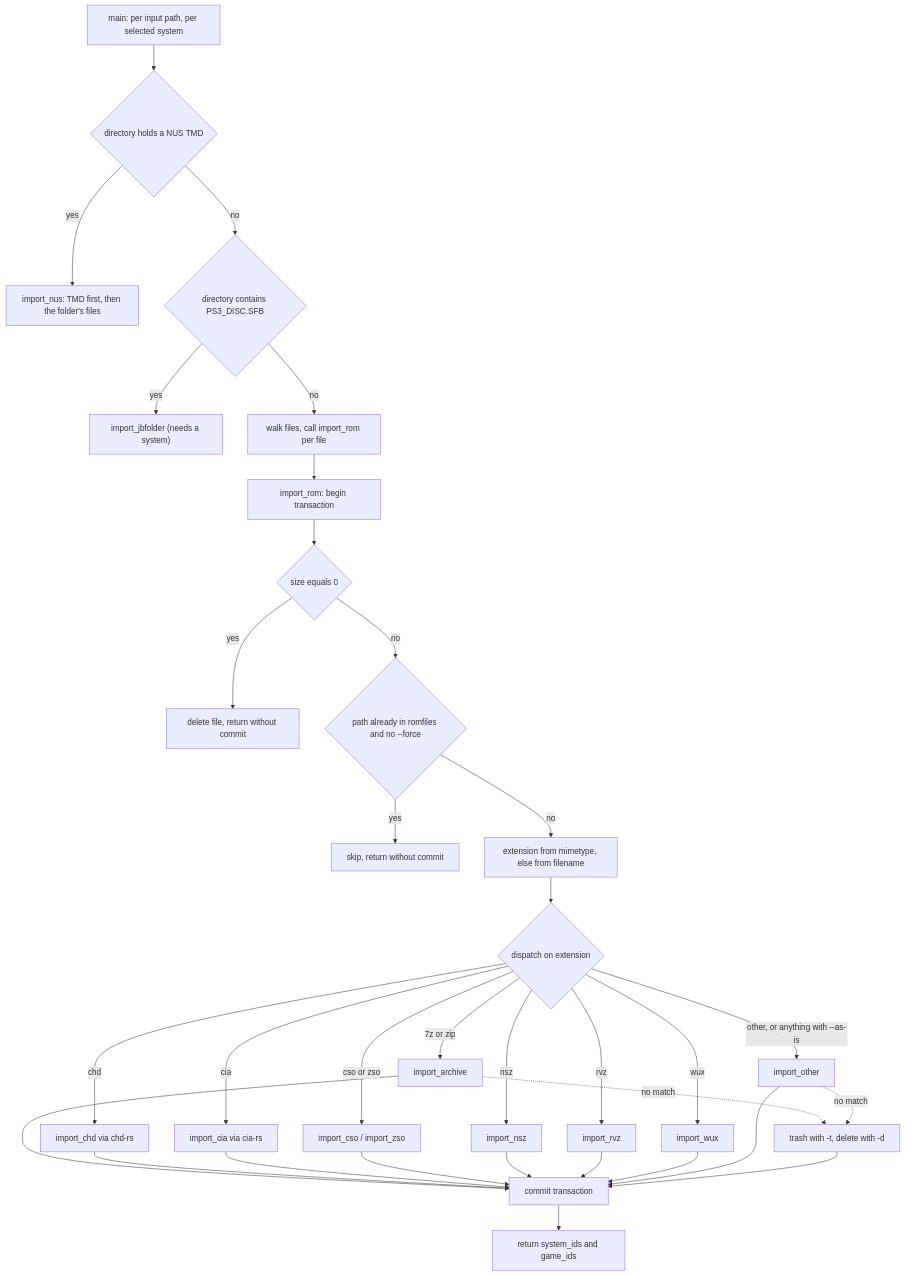
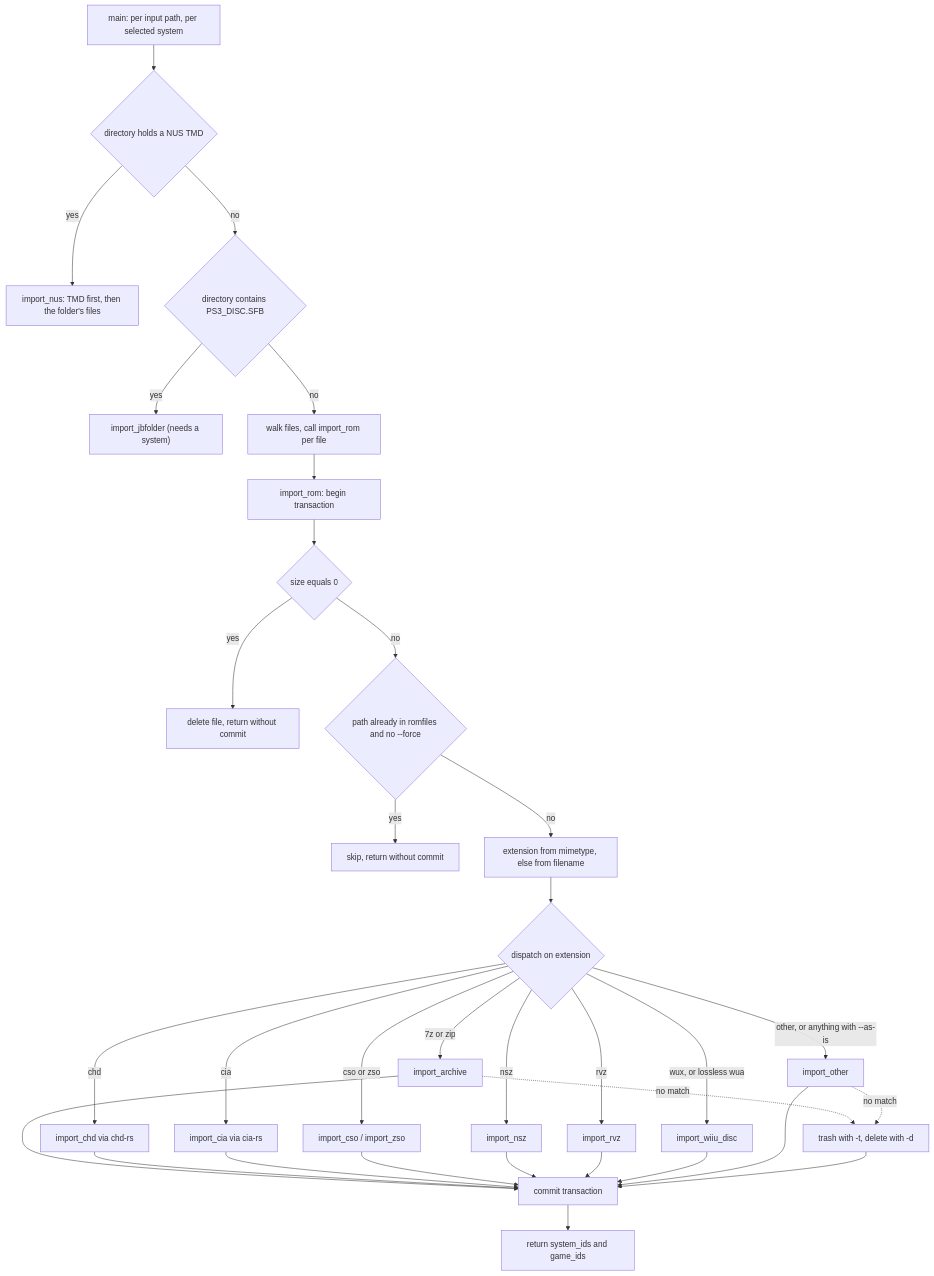
The diagram in openwiki/workflows/rom-import-pipeline.md (alucryd/oxyromon), drawn with Mermaid before and after one commit. The commit also changed other lines of this file and 55 other files, not shown here.

````diff
--- a/openwiki/workflows/rom-import-pipeline.md
+++ b/openwiki/workflows/rom-import-pipeline.md
@@ -202,37 +204,37 @@
 ```mermaid
 flowchart TD
     S["main: per input path, per selected system"] --> NU{"directory holds a NUS TMD"}
     NU -->|"yes"| NF["import_nus: TMD first, then the folder's files"]
     NU -->|"no"| JB{"directory contains PS3_DISC.SFB"}
     JB -->|"yes"| JF["import_jbfolder (needs a system)"]
     JB -->|"no"| W["walk files, call import_rom per file"]
 
     W --> A["import_rom: begin transaction"]
     A --> B{"size equals 0"}
     B -->|"yes"| B1["delete file, return without commit"]
     B -->|"no"| C{"path already in romfiles and no --force"}
     C -->|"yes"| C1["skip, return without commit"]
     C -->|"no"| D["extension from mimetype, else from filename"]
     D --> E{"dispatch on extension"}
     E -->|"7z or zip"| F["import_archive"]
     E -->|"chd"| G["import_chd via chd-rs"]
     E -->|"cia"| H["import_cia via cia-rs"]
     E -->|"cso or zso"| I["import_cso / import_zso"]
     E -->|"nsz"| J2["import_nsz"]
     E -->|"rvz"| K["import_rvz"]
-    E -->|"wux"| WX["import_wux"]
+    E -->|"wux, or lossless wua"| WX["import_wiiu_disc"]
     E -->|"other, or anything with --as-is"| L["import_other"]
 
     F --> M["commit transaction"]
     G --> M
     H --> M
     I --> M
     J2 --> M
     K --> M
     WX --> M
     L --> M
     F -.->|"no match"| O["trash with -t, delete with -d"]
     L -.->|"no match"| O
     O --> M
     M --> P["return system_ids and game_ids"]
 ```
````
